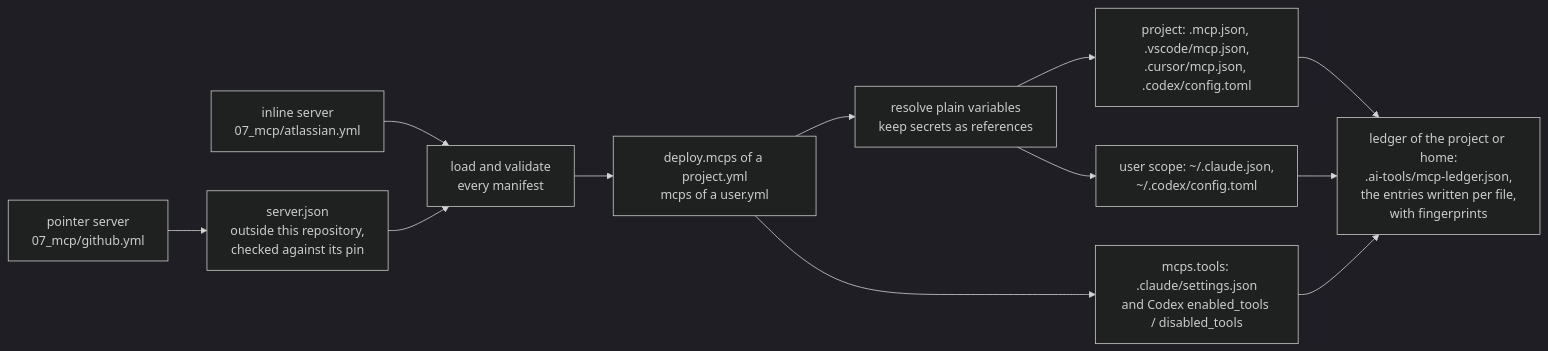
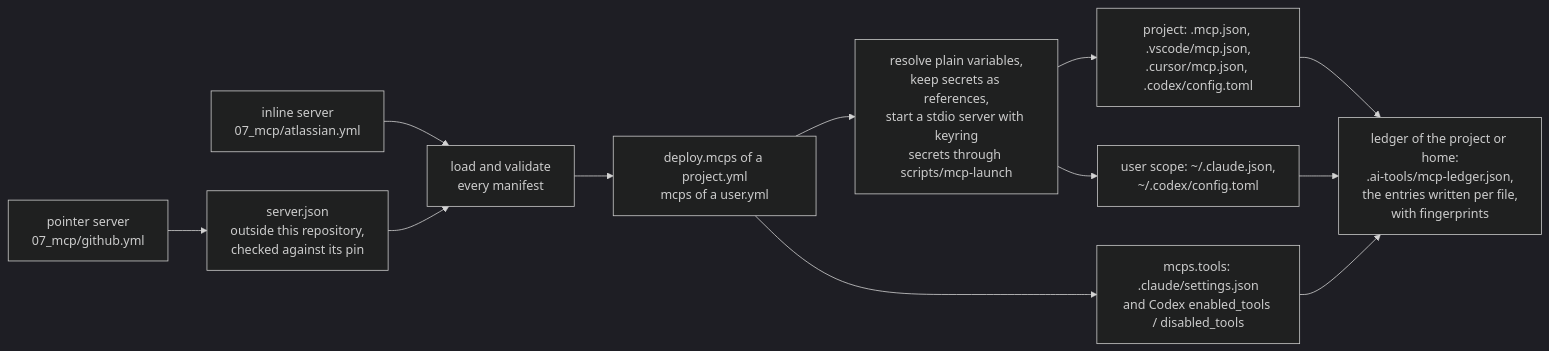
Before and after one commit to cleanshipcz/ai-tools: the first of 2 diagrams in 07_mcp/README.md, drawn with Mermaid (dark theme). The commit also changed other lines of this file and 69 other files, not shown here.

First line of the commit message:
Read MCP server secrets from the keyring when a server starts

````diff
--- a/07_mcp/README.md
+++ b/07_mcp/README.md
@@ -14,13 +18,13 @@
 ```mermaid
 flowchart LR
     inline["inline server<br/>07_mcp/atlassian.yml"] --> loader
     pointer["pointer server<br/>07_mcp/github.yml"] --> json["server.json<br/>outside this repository,<br/>checked against its pin"] --> loader
     loader["load and validate<br/>every manifest"] --> filter["deploy.mcps of a project.yml<br/>mcps of a user.yml"]
-    filter --> resolve["resolve plain variables<br/>keep secrets as references"]
+    filter --> resolve["resolve plain variables,<br/>keep secrets as references,<br/>start a stdio server with keyring<br/>secrets through scripts/mcp-launch"]
     resolve --> project["project: .mcp.json, .vscode/mcp.json,<br/>.cursor/mcp.json, .codex/config.toml"]
     resolve --> home["user scope: ~/.claude.json,<br/>~/.codex/config.toml"]
     filter --> tools["mcps.tools: .claude/settings.json<br/>and Codex enabled_tools / disabled_tools"]
     project --> ledger["ledger of the project or home:<br/>.ai-tools/mcp-ledger.json,<br/>the entries written per file,<br/>with fingerprints"]
     home --> ledger
     tools --> ledger
 ```
````
